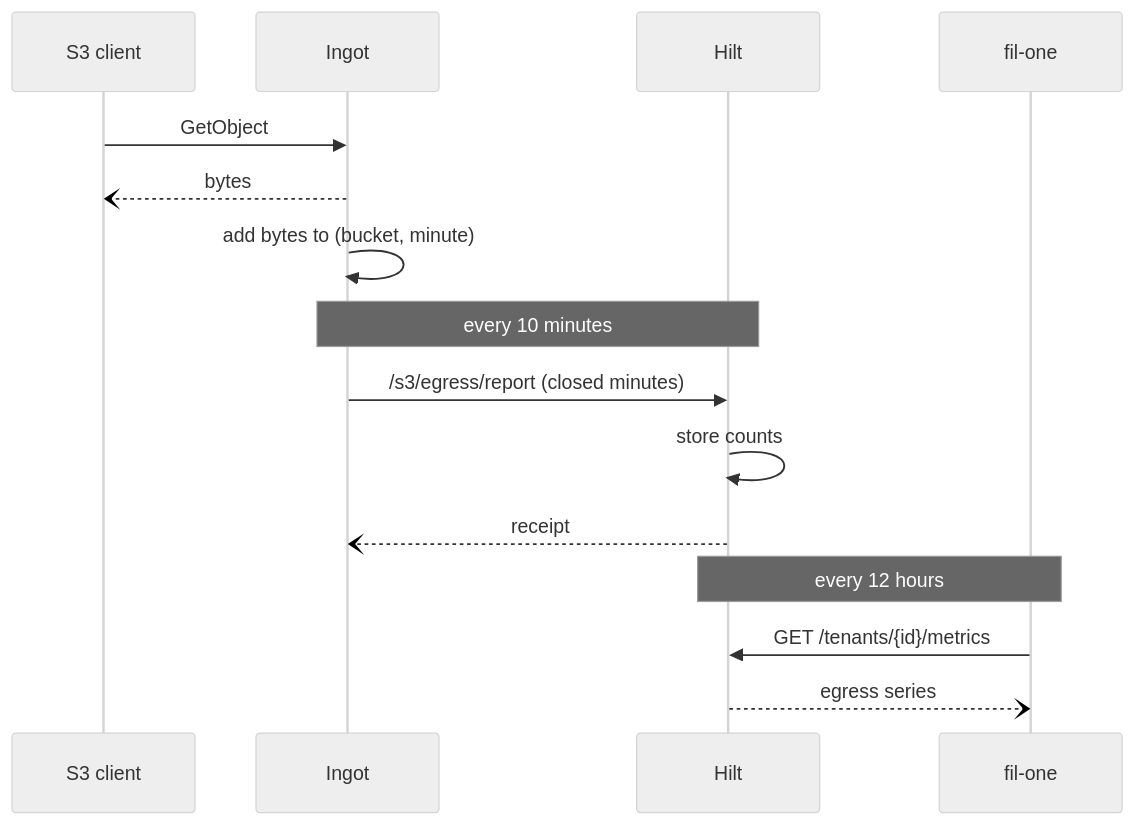
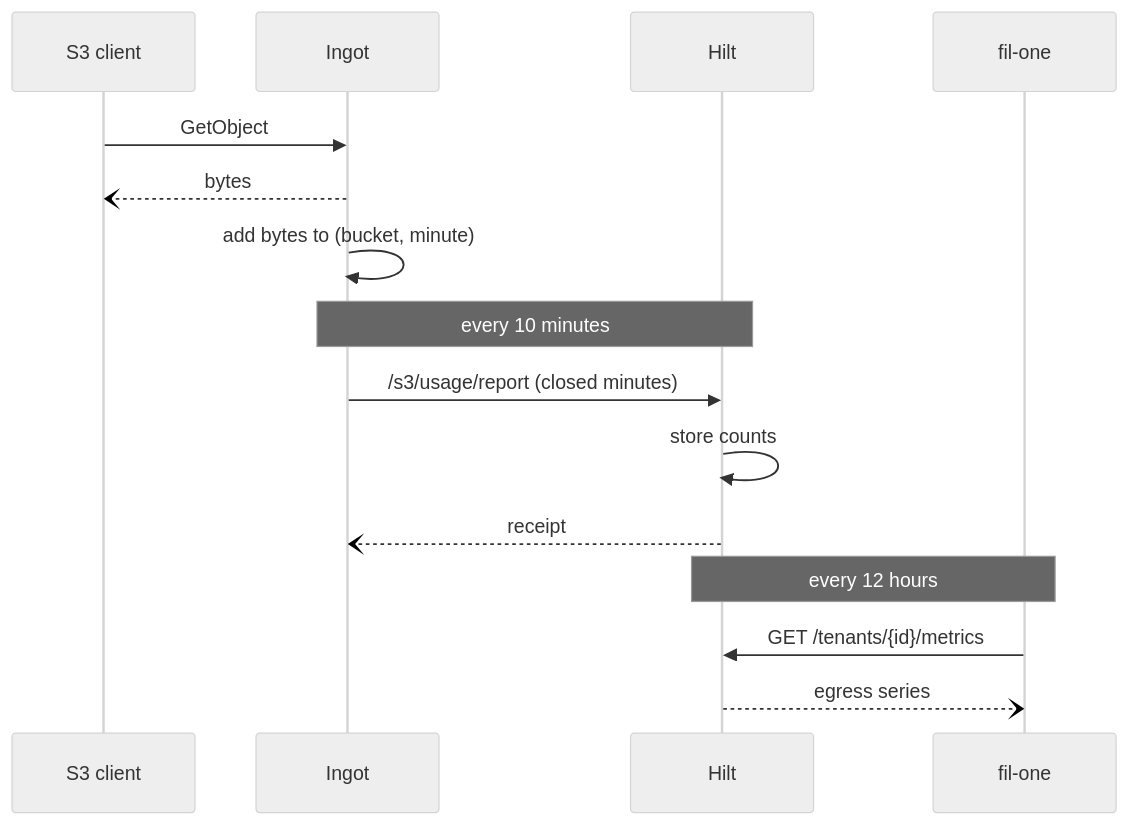
One commit to fil-one/RFC changed the diagram in rfcs/2026-11-ingot-egress-counters.md. Above: the diagram before and after it, drawn with Mermaid (neutral theme). The commit also changed other lines of this file, not shown here.

First line of the commit message:
rfc: self-issued /s3/usage/report, no empty reports

````diff
--- a/rfcs/2026-11-ingot-egress-counters.md
+++ b/rfcs/2026-11-ingot-egress-counters.md
@@ -36,20 +36,20 @@
 ```mermaid
 sequenceDiagram
     participant Client as S3 client
     participant Ingot
     participant Hilt
     participant Console as fil-one
 
     Client->>Ingot: GetObject
     Ingot--)Client: bytes
     Ingot->>Ingot: add bytes to (bucket, minute)
 
     Note over Ingot,Hilt: every 10 minutes
-    Ingot->>Hilt: /s3/egress/report (closed minutes)
+    Ingot->>Hilt: /s3/usage/report (closed minutes)
     Hilt->>Hilt: store counts
     Hilt--)Ingot: receipt
 
     Note over Hilt,Console: every 12 hours
     Console->>Hilt: GET /tenants/{id}/metrics
     Hilt--)Console: egress series
 ```
````
